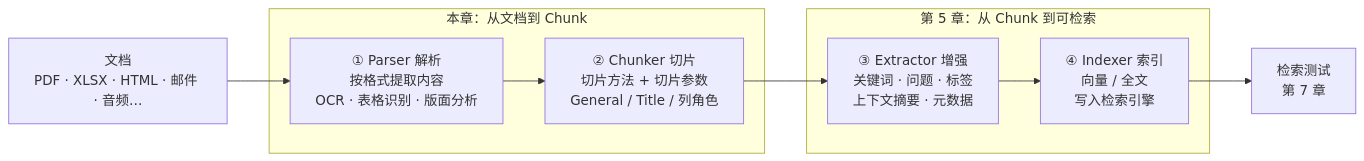
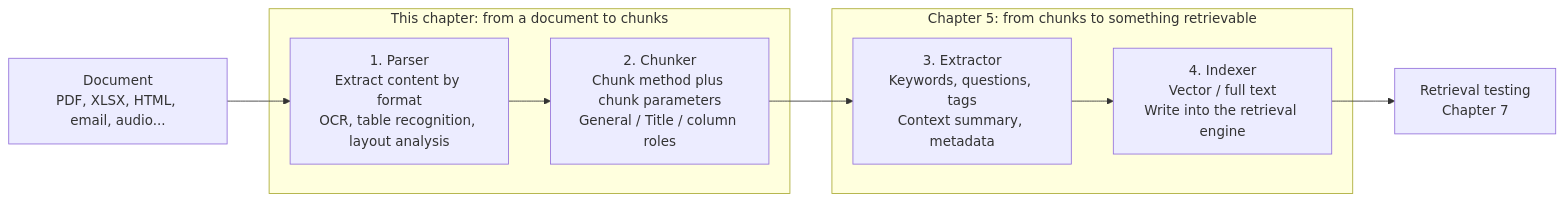
The second of 3 diagrams in books/ragflow/en/chapters/04-parsing-chunking.md (ybak/ai-tutorial), drawn with Mermaid before and after one commit. The commit also changed other lines of this file and 16 other files, not shown here.

First line of the commit message:
docs(ragflow): 按审阅改英文图、注释和正文

````diff
--- a/books/ragflow/en/chapters/04-parsing-chunking.md
+++ b/books/ragflow/en/chapters/04-parsing-chunking.md
@@ -45,12 +45,12 @@
 ```mermaid
 flowchart LR
-    D["文档<br/>PDF · XLSX · HTML · 邮件 · 音频…"] --> P
-    subgraph S1["本章：从文档到 Chunk"]
-        P["① Parser 解析<br/>按格式提取内容<br/>OCR · 表格识别 · 版面分析"] --> C["② Chunker 切片<br/>切片方法 + 切片参数<br/>General / Title / 列角色"]
+    D["Document<br/>PDF, XLSX, HTML, email, audio..."] --> P
+    subgraph S1["This chapter: from a document to chunks"]
+        P["1. Parser<br/>Extract content by format<br/>OCR, table recognition, layout analysis"] --> C["2. Chunker<br/>Chunk method plus chunk parameters<br/>General / Title / column roles"]
     end
-    subgraph S2["第 5 章：从 Chunk 到可检索"]
-        C --> E["③ Extractor 增强<br/>关键词 · 问题 · 标签<br/>上下文摘要 · 元数据"]
-        E --> I["④ Indexer 索引<br/>向量 / 全文<br/>写入检索引擎"]
+    subgraph S2["Chapter 5: from chunks to something retrievable"]
+        C --> E["3. Extractor<br/>Keywords, questions, tags<br/>Context summary, metadata"]
+        E --> I["4. Indexer<br/>Vector / full text<br/>Write into the retrieval engine"]
     end
-    I --> R["检索测试<br/>第 7 章"]
+    I --> R["Retrieval testing<br/>Chapter 7"]
 ```
````
